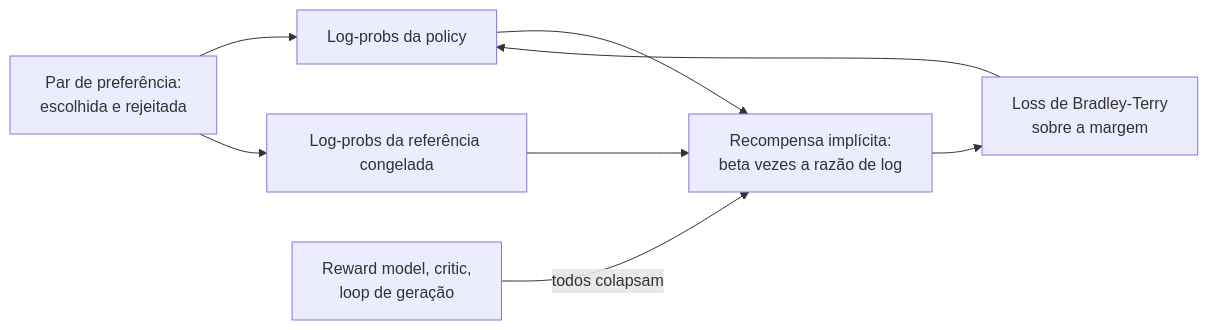
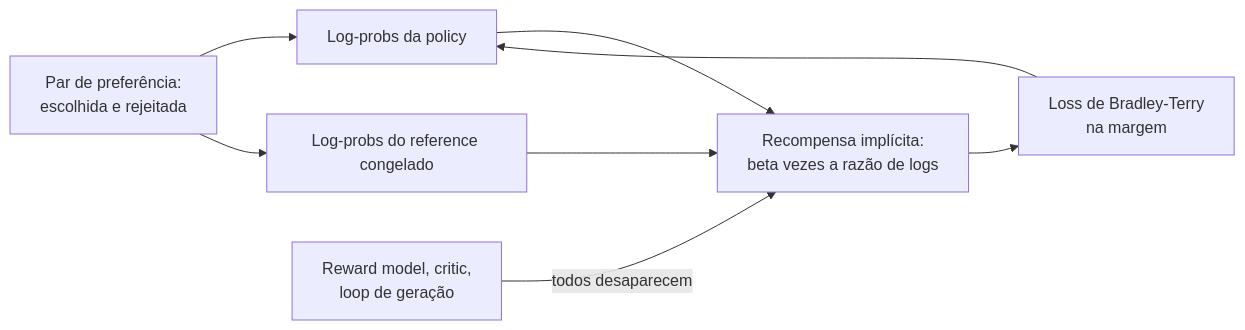
One commit to andrevberaldo/AI-Engineer-Interview-Questions changed diagram 14 of 29 in 05-fine-tuning-and-alignment/questions.pt-BR.md. Above: the diagram before and after it, drawn with Mermaid. The commit also changed other lines of this file and 1 other file, not shown here.

````diff
--- a/05-fine-tuning-and-alignment/questions.pt-BR.md
+++ b/05-fine-tuning-and-alignment/questions.pt-BR.md
@@ -609,10 +609,10 @@
 ```mermaid
 flowchart LR
     A["Par de preferência:<br/>escolhida e rejeitada"] --> B["Log-probs da policy"]
-    A --> C["Log-probs da referência congelada"]
-    B --> D["Recompensa implícita:<br/>beta vezes a razão de log"]
+    A --> C["Log-probs do reference congelado"]
+    B --> D["Recompensa implícita:<br/>beta vezes a razão de logs"]
     C --> D
-    D --> E["Loss de Bradley-Terry<br/>sobre a margem"]
+    D --> E["Loss de Bradley-Terry<br/>na margem"]
     E --> B
-    F["Reward model, critic,<br/>loop de geração"] -->|"todos colapsam"| D
+    F["Reward model, critic,<br/>loop de geração"] -->|"todos desaparecem"| D
 ```
````
